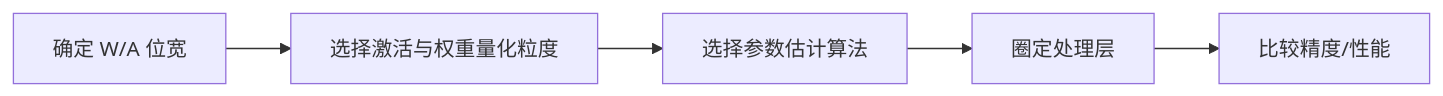
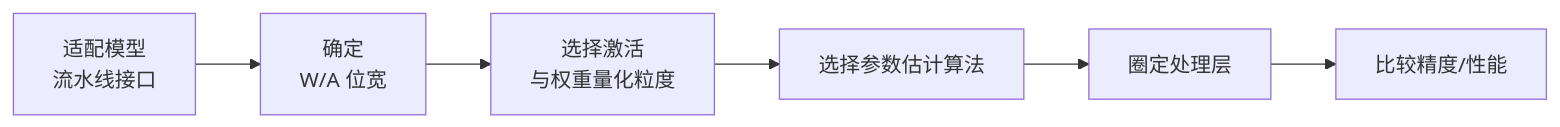
Before and after one commit to mindstudio-docs/master: the diagram in msmodelslim/docs/zh/knowledge_base/quantization_algorithms/linear_quant/usage_linear_quant.md, drawn with Mermaid. The commit also changed other lines of this file and 235 other files, not shown here.

````diff
--- a/msmodelslim/docs/zh/knowledge_base/quantization_algorithms/linear_quant/usage_linear_quant.md
+++ b/msmodelslim/docs/zh/knowledge_base/quantization_algorithms/linear_quant/usage_linear_quant.md
@@ -24,7 +28,8 @@
 ```mermaid
 flowchart LR
-    A[确定 W/A 位宽] --> B[选择激活与权重量化粒度]
-    B[选择激活与权重量化粒度] --> C[选择参数估计算法]
-    C[选择参数估计算法] --> D[圈定处理层]
-    D[圈定处理层] --> E[比较精度/性能]
+    A[适配模型<br/>流水线接口] --> B[确定<br/>W/A 位宽]
+    B --> C[选择激活<br/>与权重量化粒度]
+    C --> D[选择参数估计算法]
+    D --> E[圈定处理层]
+    E --> F[比较精度/性能]
 ```
````
